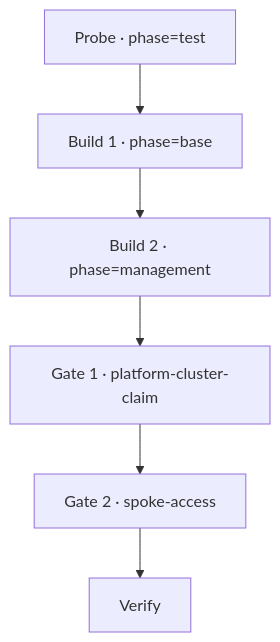
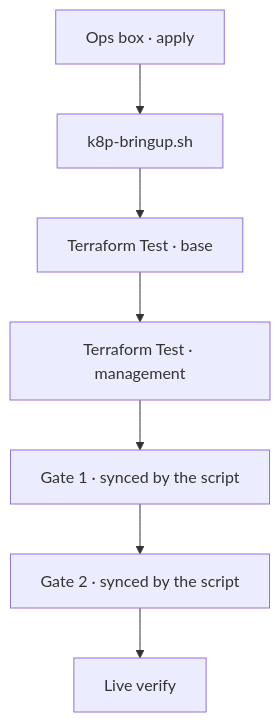
One commit to lago-morph/k8s-platform changed the diagram in docs/site/how-to/build-the-platform-from-nothing.md. Above: the diagram before and after it, drawn with Mermaid. The commit also changed other lines of this file and 1 other file, not shown here.

First line of the commit message:
Rewrite the bring-up page around the ops box (draft; build #9 evidence to follow)

````diff
--- a/docs/site/how-to/build-the-platform-from-nothing.md
+++ b/docs/site/how-to/build-the-platform-from-nothing.md
@@ -150,8 +117,9 @@
 ```mermaid
 flowchart TD
-    P[Probe · phase=test] --> B[Build 1 · phase=base]
-    B --> M[Build 2 · phase=management]
-    M --> G1[Gate 1 · platform-cluster-claim]
-    G1 --> G2[Gate 2 · spoke-access]
-    G2 --> V[Verify]
+    O[Ops box · apply] --> S[k8p-bringup.sh]
+    S --> B[Terraform Test · base]
+    B --> M[Terraform Test · management]
+    M --> G1[Gate 1 · synced by the script]
+    G1 --> G2[Gate 2 · synced by the script]
+    G2 --> V[Live verify]
 ```
````
